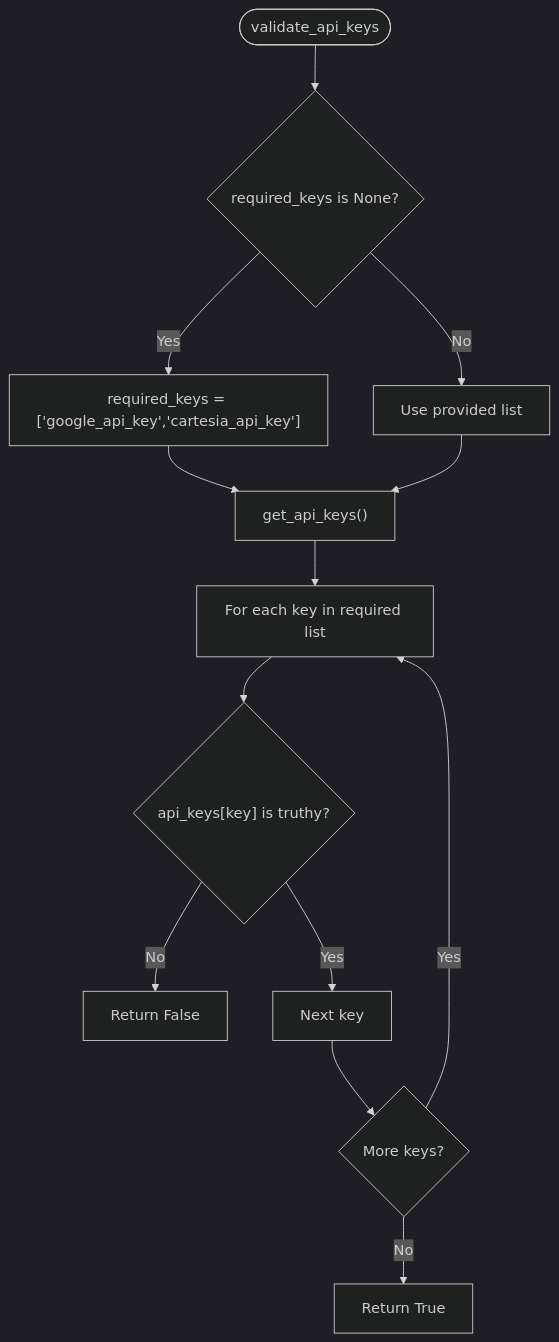
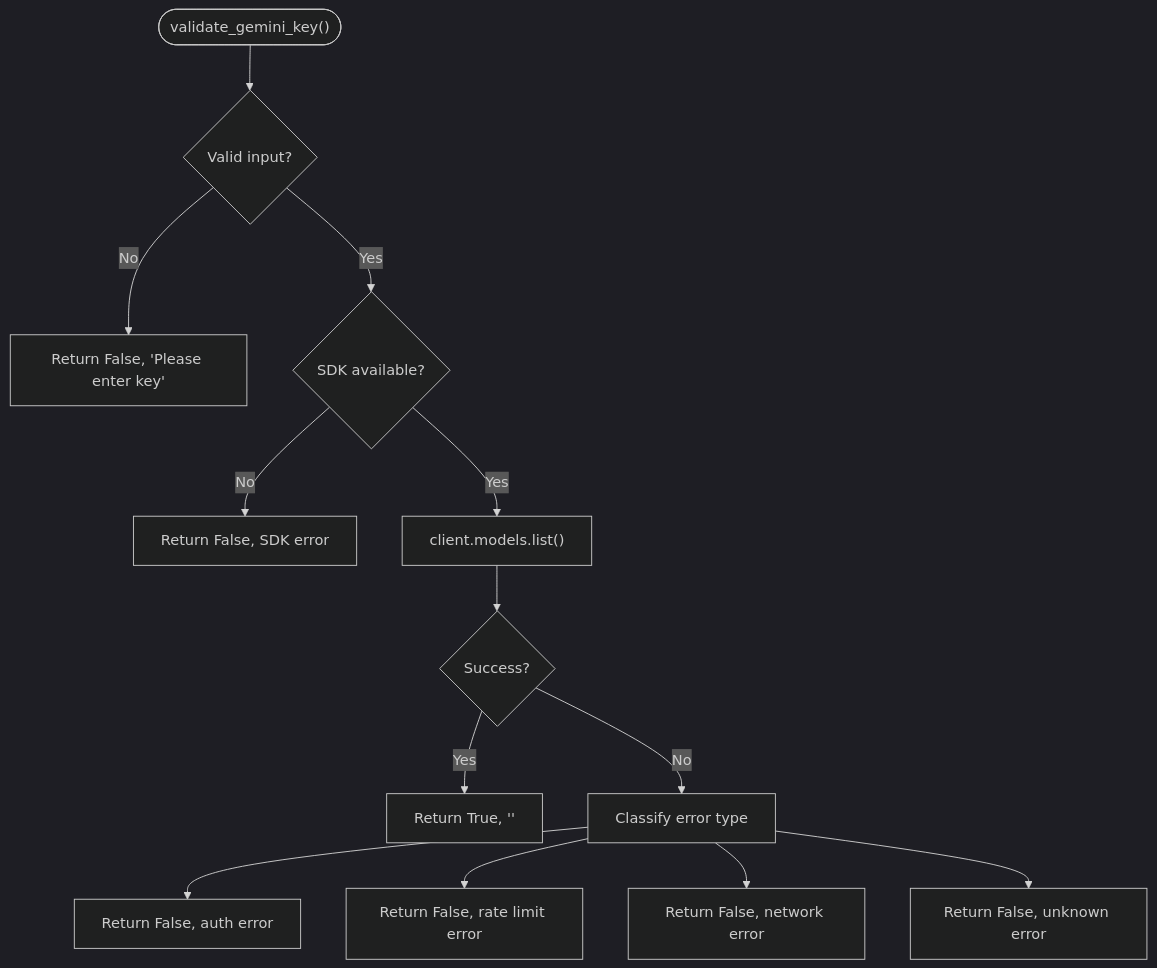
The fourth of 8 diagrams in .qoder/repowiki/en/content/Configuration Management/API Key Management.md (MOK-5-ha/MayaMCP), drawn with Mermaid (dark theme) before and after one commit. The commit also changed other lines of this file and 27 other files, not shown here.

````diff
--- a/.qoder/repowiki/en/content/Configuration Management/API Key Management.md
+++ b/.qoder/repowiki/en/content/Configuration Management/API Key Management.md
@@ -156,15 +202,15 @@
 ```mermaid
 flowchart TD
-Start(["validate_api_keys"]) --> DefaultCheck{"required_keys is None?"}
-DefaultCheck --> |Yes| UseDefaults["required_keys = ['google_api_key','cartesia_api_key']"]
-DefaultCheck --> |No| UseProvided["Use provided list"]
-UseDefaults --> Fetch["get_api_keys()"]
-UseProvided --> Fetch
-Fetch --> Loop["For each key in required list"]
-Loop --> Check{"api_keys[key] is truthy?"}
-Check --> |No| Fail["Return False"]
-Check --> |Yes| Next["Next key"]
-Next --> Done{"More keys?"}
-Done --> |Yes| Loop
-Done --> |No| Success["Return True"]
+Validate(["validate_gemini_key()"]) --> CheckInput{"Valid input?"}
+CheckInput --> |No| ReturnInvalid["Return False, 'Please enter key'"]
+CheckInput --> |Yes| CheckSDK{"SDK available?"}
+CheckSDK --> |No| ReturnSDKError["Return False, SDK error"]
+CheckSDK --> |Yes| MakeCall["client.models.list()"]
+MakeCall --> HandleSuccess{"Success?"}
+HandleSuccess --> |Yes| ReturnValid["Return True, ''"]
+HandleSuccess --> |No| ClassifyError["Classify error type"]
+ClassifyError --> AuthError["Return False, auth error"]
+ClassifyError --> RateLimit["Return False, rate limit error"]
+ClassifyError --> NetworkError["Return False, network error"]
+ClassifyError --> UnknownError["Return False, unknown error"]
 ```
````
